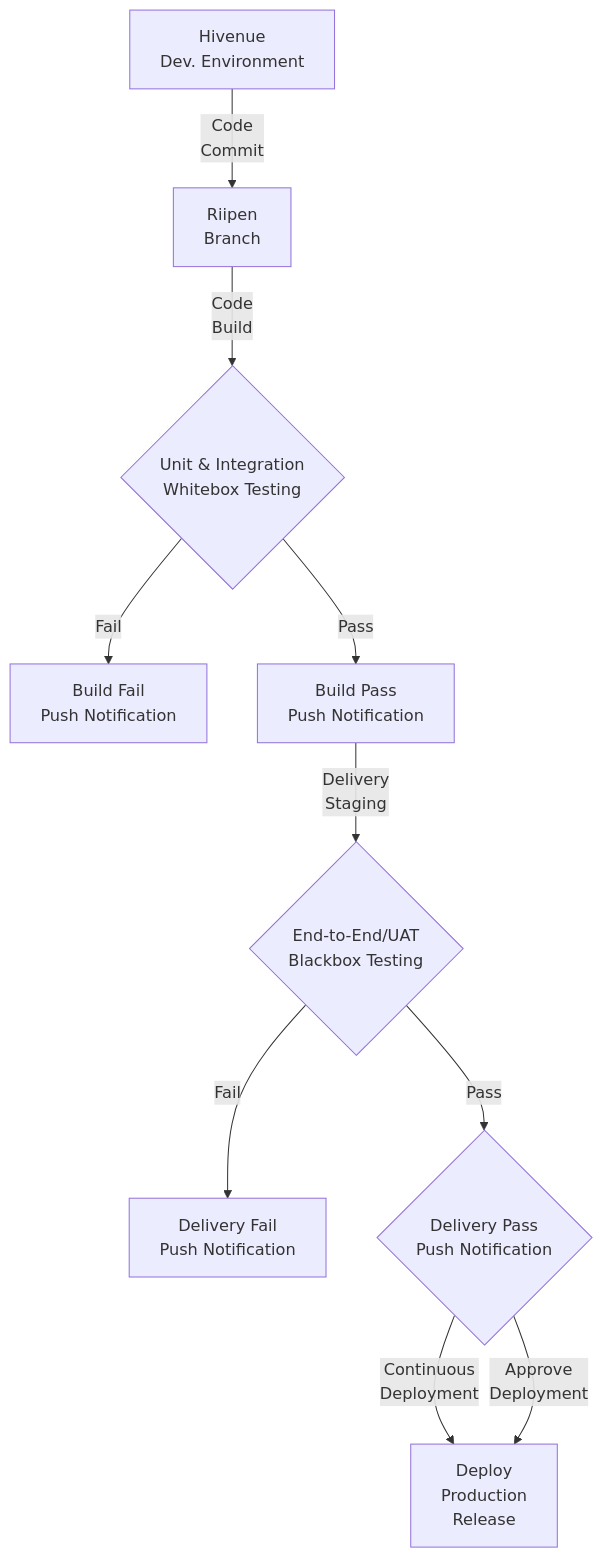
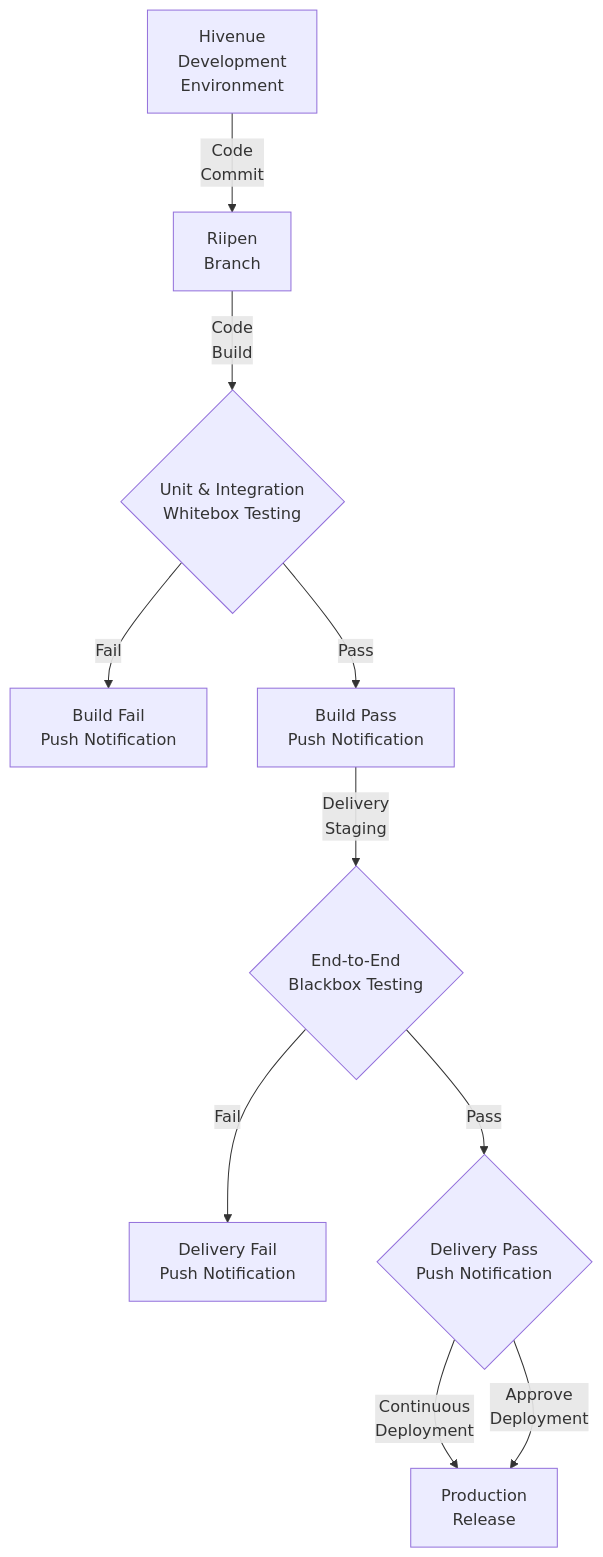
The diagram in BRD.md (HaroonKhanDotNet/cctb_moodle), drawn with Mermaid before and after one commit. The commit also changed other lines of this file, not shown here.

````diff
--- a/BRD.md
+++ b/BRD.md
@@ -34,12 +34,12 @@
 ```mermaid
   flowchart TD;
-      A[Hivenue <br> Dev. Environment] -- Code <br> Commit --> B[Riipen <br> Branch];
+      A[Hivenue <br> Development <br> Environment] -- Code <br> Commit --> B[Riipen <br> Branch];
       B -- Code <br> Build --> C{Unit & Integration <br> Whitebox Testing};
       C -- Fail --> D[Build Fail <br> Push Notification];
       C -- Pass --> E[Build Pass <br> Push Notification];
-      E -- Delivery <br> Staging --> F{End-to-End/UAT <br> Blackbox Testing};
+      E -- Delivery <br> Staging --> F{End-to-End <br> Blackbox Testing};
       F -- Fail --> G[Delivery Fail <br> Push Notification];
       F -- Pass --> H{Delivery Pass <br> Push Notification};
-      H -- Continuous <br> Deployment --> I[Deploy <br> Production <br> Release];
+      H -- Continuous <br> Deployment --> I[Production <br> Release];
       H -- Approve <br> Deployment --> I;
 ```
````
